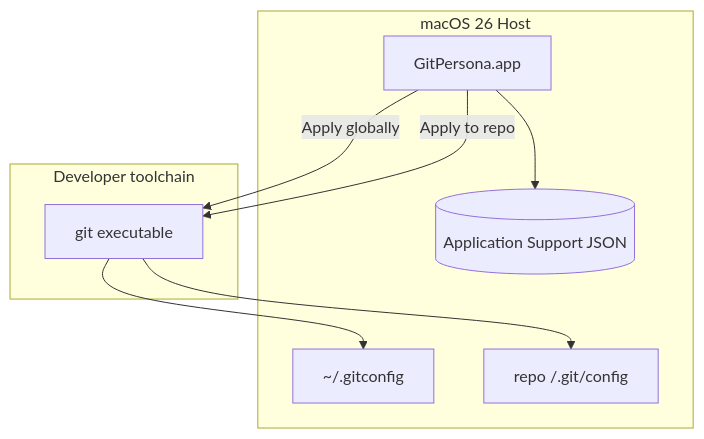
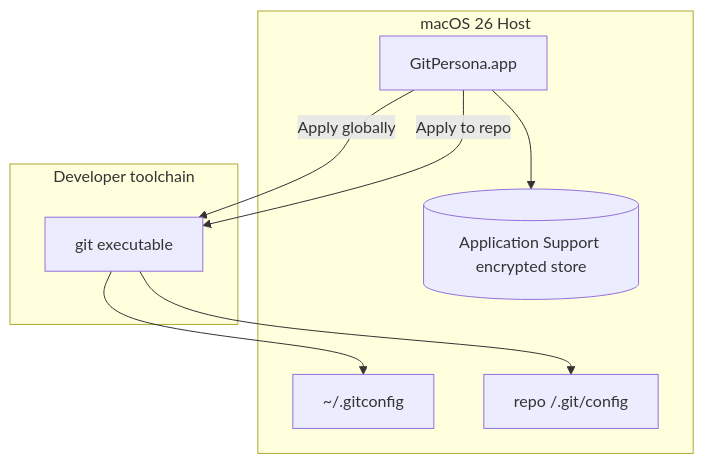
One commit to erbilnas/git-persona changed the third of 3 diagrams in README.md. Above: the diagram before and after it, drawn with Mermaid. The commit also changed other lines of this file and 3 other files, not shown here.

````diff
--- a/README.md
+++ b/README.md
@@ -148,17 +152,17 @@
 ```mermaid
 flowchart TB
   subgraph macOS [macOS 26 Host]
     GP[GitPersona.app]
-    FS[(Application Support JSON)]
+    FS[(Application Support encrypted store)]
     GC[~/.gitconfig]
     LC[ repo /.git/config ]
   end
   subgraph toolchain [Developer toolchain]
     GIT[git executable]
   end
   GP --> FS
   GP -->|"Apply globally"| GIT
   GIT --> GC
   GP -->|"Apply to repo"| GIT
   GIT --> LC
 ```
````
